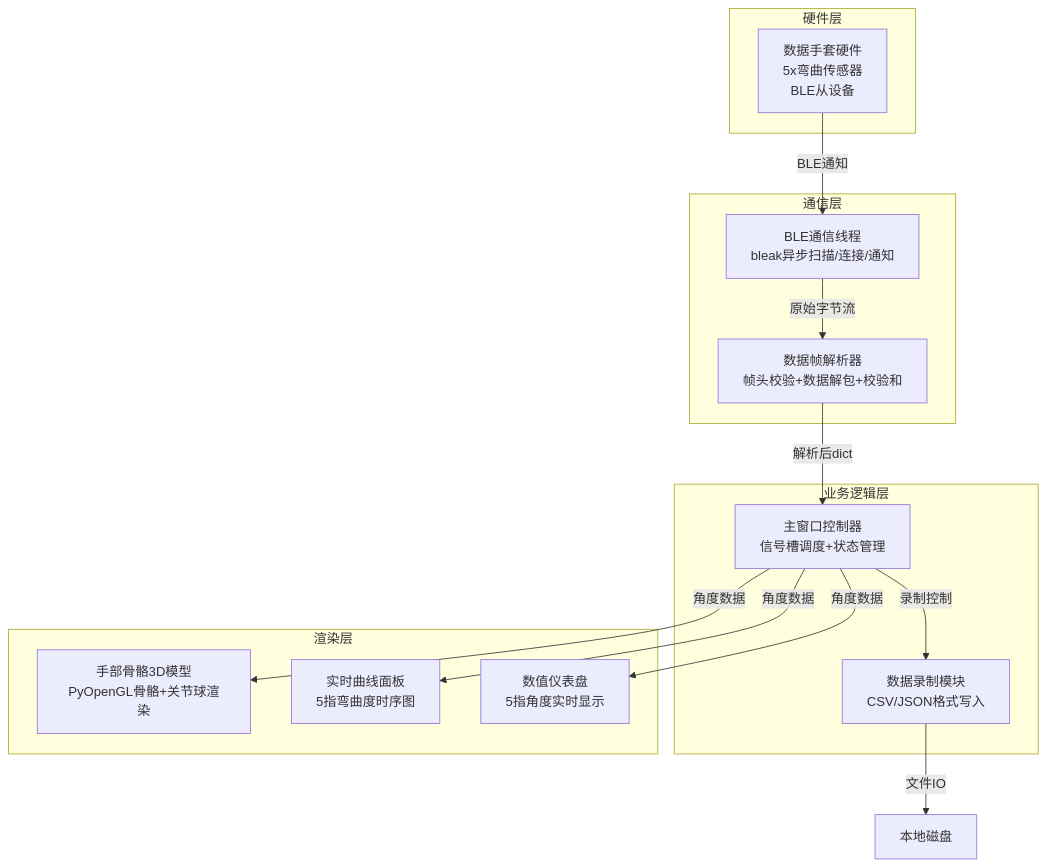
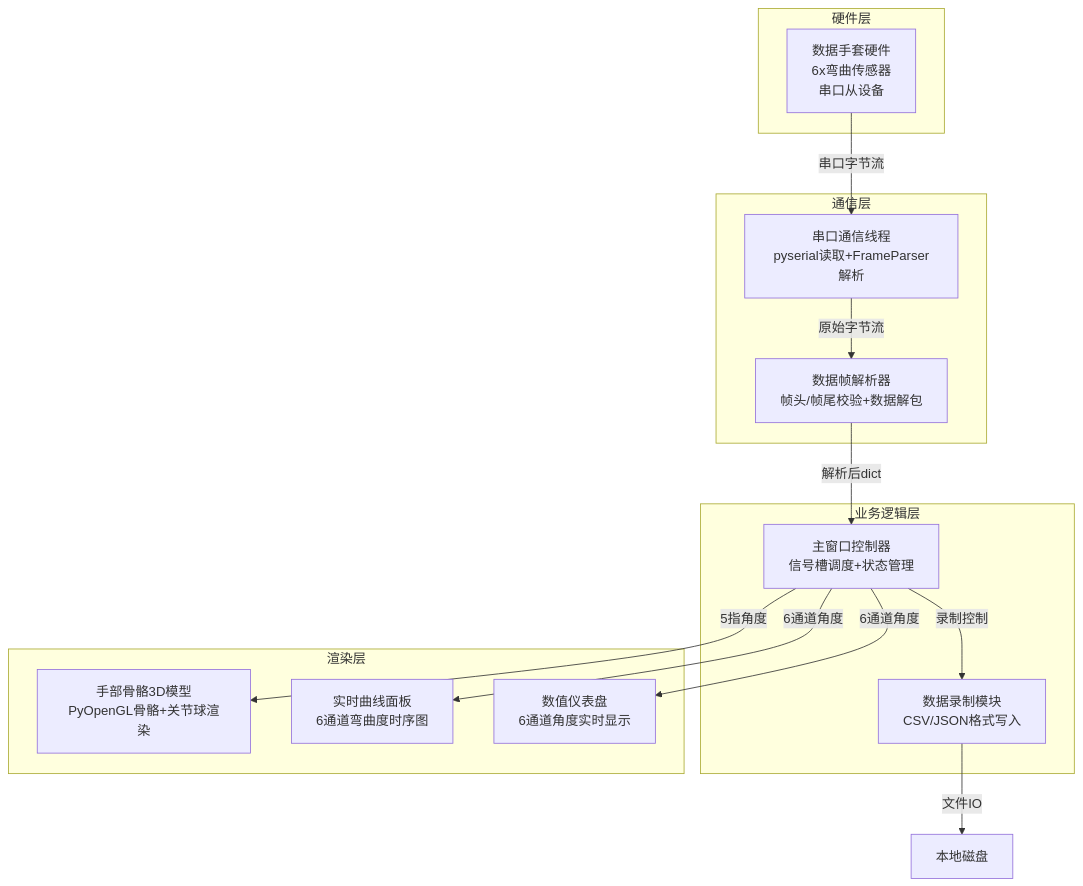
One commit to RichExplor/GlovesViewer changed the first of 4 diagrams in plans/gloves_viewer_architecture.md. Above: the diagram before and after it, drawn with Mermaid. The commit also changed other lines of this file and 10 other files, not shown here.

````diff
--- a/plans/gloves_viewer_architecture.md
+++ b/plans/gloves_viewer_architecture.md
@@ -24,31 +24,31 @@
 ```mermaid
 graph TB
     subgraph 硬件层
-        Glove[数据手套硬件<br/>5x弯曲传感器<br/>BLE从设备]
+    Glove[数据手套硬件<br/>6x弯曲传感器<br/>串口从设备]
     end
 
     subgraph 通信层
-        BLE[BLE通信线程<br/>bleak异步扫描/连接/通知]
-        Parser[数据帧解析器<br/>帧头校验+数据解包+校验和]
+    Serial[串口通信线程<br/>pyserial读取+FrameParser解析]
+    Parser[数据帧解析器<br/>帧头/帧尾校验+数据解包]
     end
 
     subgraph 业务逻辑层
-        MainWin[主窗口控制器<br/>信号槽调度+状态管理]
-        Recorder[数据录制模块<br/>CSV/JSON格式写入]
+    MainWin[主窗口控制器<br/>信号槽调度+状态管理]
+    Recorder[数据录制模块<br/>CSV/JSON格式写入]
     end
 
     subgraph 渲染层
-        HandModel[手部骨骼3D模型<br/>PyOpenGL骨骼+关节球渲染]
-        Curves[实时曲线面板<br/>5指弯曲度时序图]
-        Dashboard[数值仪表盘<br/>5指角度实时显示]
+    HandModel[手部骨骼3D模型<br/>PyOpenGL骨骼+关节球渲染]
+    Curves[实时曲线面板<br/>6通道弯曲度时序图]
+    Dashboard[数值仪表盘<br/>6通道角度实时显示]
     end
 
-    Glove -->|BLE通知| BLE
-    BLE -->|原始字节流| Parser
+    Glove -->|串口字节流| Serial
+    Serial -->|原始字节流| Parser
     Parser -->|解析后dict| MainWin
-    MainWin -->|角度数据| HandModel
-    MainWin -->|角度数据| Curves
-    MainWin -->|角度数据| Dashboard
+    MainWin -->|5指角度| HandModel
+    MainWin -->|6通道角度| Curves
+    MainWin -->|6通道角度| Dashboard
     MainWin -->|录制控制| Recorder
     Recorder -->|文件IO| Disk[本地磁盘]
 ```
````
